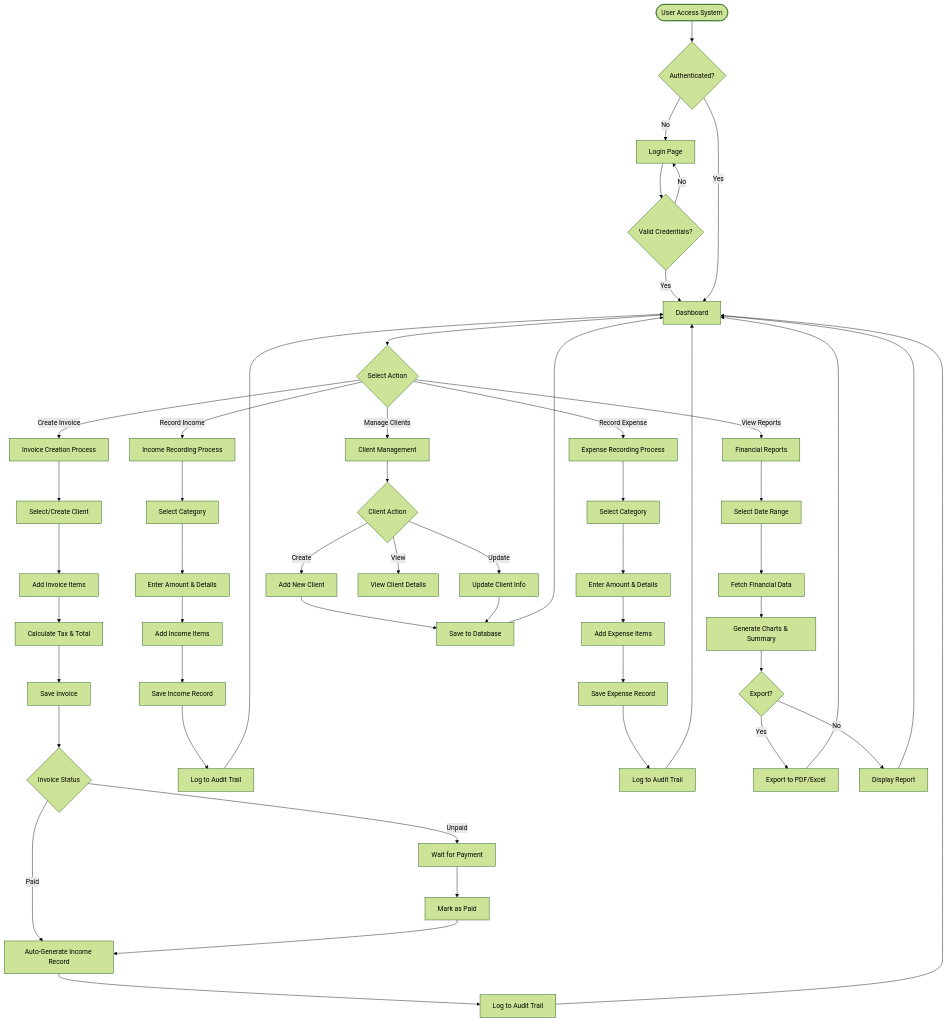
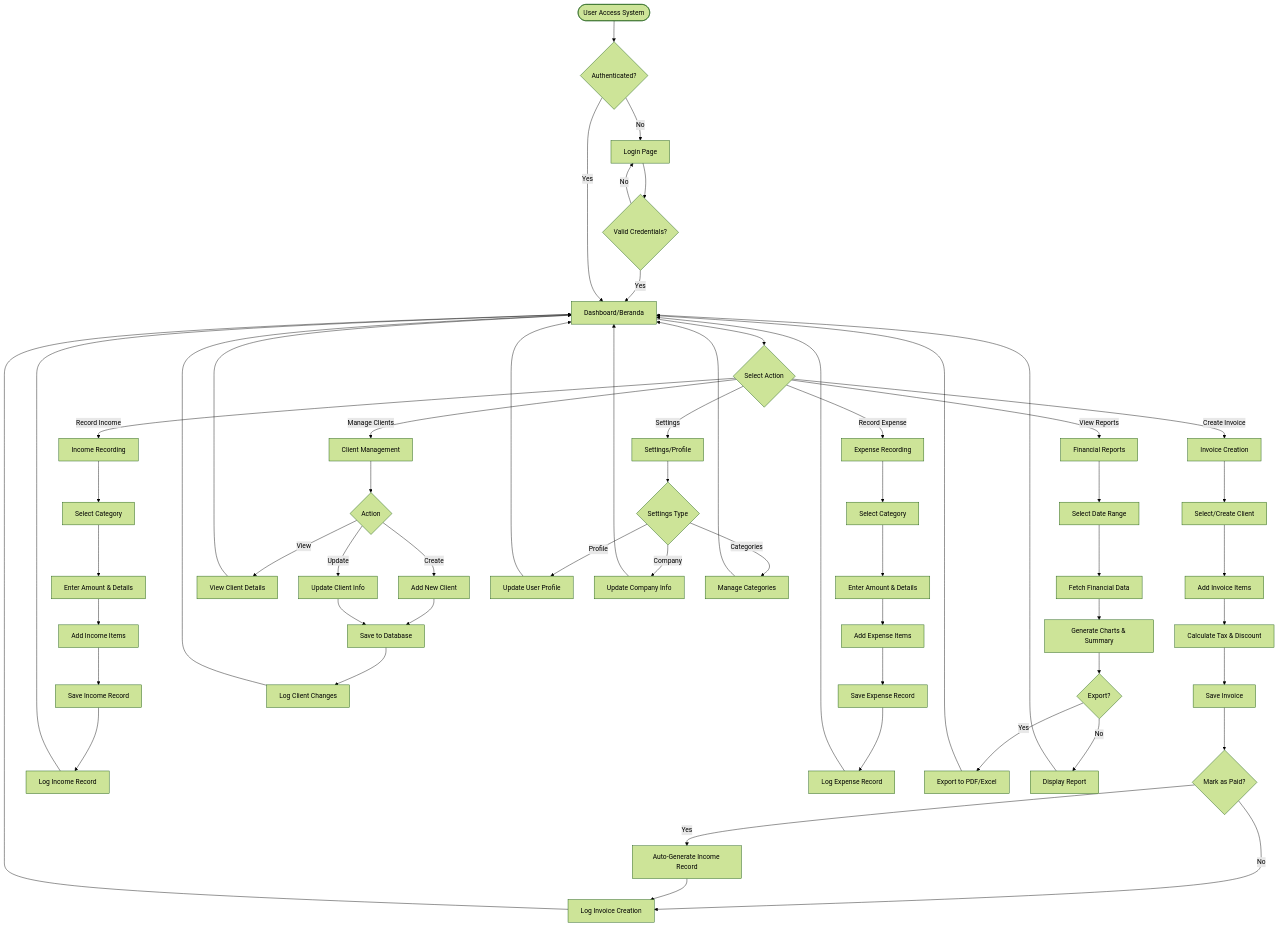
Before and after one commit to aadvxe/Gmera-Solusi: the second of 3 diagrams in README.md, drawn with Mermaid (forest theme). The commit also changed other lines of this file and 1 other file, not shown here.

````diff
--- a/README.md
+++ b/README.md
@@ -248,61 +383,69 @@
 ```mermaid
 flowchart TD
     Start([User Access System]) --> Auth{Authenticated?}
     Auth -->|No| Login[Login Page]
     Login --> AuthCheck{Valid Credentials?}
     AuthCheck -->|No| Login
-    AuthCheck -->|Yes| Dashboard[Dashboard]
+    AuthCheck -->|Yes| Dashboard[Dashboard/Beranda]
     Auth -->|Yes| Dashboard
     
     Dashboard --> Action{Select Action}
     
-    Action -->|Create Invoice| InvoiceFlow[Invoice Creation Process]
-    Action -->|Record Income| IncomeFlow[Income Recording Process]
-    Action -->|Record Expense| ExpenseFlow[Expense Recording Process]
+    Action -->|Create Invoice| InvoiceFlow[Invoice Creation]
+    Action -->|Record Income| IncomeFlow[Income Recording]
+    Action -->|Record Expense| ExpenseFlow[Expense Recording]
     Action -->|Manage Clients| ClientFlow[Client Management]
     Action -->|View Reports| ReportFlow[Financial Reports]
+    Action -->|Settings| SettingsFlow[Settings/Profile]
     
     InvoiceFlow --> SelectClient[Select/Create Client]
-    SelectClient --> AddItems[Add Invoice Items]
-    AddItems --> CalcTax[Calculate Tax & Total]
+    SelectClient --> AddInvItems[Add Invoice Items]
+    AddInvItems --> CalcTax[Calculate Tax & Discount]
     CalcTax --> SaveInvoice[Save Invoice]
-    SaveInvoice --> InvoiceStatus{Invoice Status}
-    InvoiceStatus -->|Unpaid| WaitPayment[Wait for Payment]
-    InvoiceStatus -->|Paid| AutoIncome[Auto-Generate Income Record]
-    AutoIncome --> AuditLog1[Log to Audit Trail]
-    WaitPayment --> MarkPaid[Mark as Paid]
-    MarkPaid --> AutoIncome
+    SaveInvoice --> InvoiceStatus{Mark as Paid?}
+    InvoiceStatus -->|Yes| AutoGenIncome[Auto-Generate Income Record]
+    InvoiceStatus -->|No| InvAuditLog[Log Invoice Creation]
+    AutoGenIncome --> InvAuditLog
+    InvAuditLog --> Dashboard
     
-    IncomeFlow --> SelectCategory1[Select Category]
-    SelectCategory1 --> EnterAmount1[Enter Amount & Details]
-    EnterAmount1 --> AddIncomeItems[Add Income Items]
-    AddIncomeItems --> SaveIncome[Save Income Record]
-    SaveIncome --> AuditLog2[Log to Audit Trail]
+    IncomeFlow --> SelectIncCat[Select Category]
+    SelectIncCat --> EnterIncAmount[Enter Amount & Details]
+    EnterIncAmount --> AddIncItems[Add Income Items]
+    AddIncItems --> SaveIncome[Save Income Record]
+    SaveIncome --> IncAuditLog[Log Income Record]
+    IncAuditLog --> Dashboard
     
-    ExpenseFlow --> SelectCategory2[Select Category]
-    SelectCategory2 --> EnterAmount2[Enter Amount & Details]
-    EnterAmount2 --> AddExpenseItems[Add Expense Items]
-    AddExpenseItems --> SaveExpense[Save Expense Record]
-    SaveExpense --> AuditLog3[Log to Audit Trail]
+    ExpenseFlow --> SelectExpCat[Select Category]
+    SelectExpCat --> EnterExpAmount[Enter Amount & Details]
+    EnterExpAmount --> AddExpItems[Add Expense Items]
+    AddExpItems --> SaveExpense[Save Expense Record]
+    SaveExpense --> ExpAuditLog[Log Expense Record]
+    ExpAuditLog --> Dashboard
     
-    ClientFlow --> ClientAction{Client Action}
+    ClientFlow --> ClientAction{Action}
     ClientAction -->|Create| AddClient[Add New Client]
     ClientAction -->|View| ViewClient[View Client Details]
     ClientAction -->|Update| UpdateClient[Update Client Info]
     AddClient --> SaveClient[Save to Database]
     UpdateClient --> SaveClient
+    SaveClient --> ClientAuditLog[Log Client Changes]
+    ClientAuditLog --> Dashboard
+    ViewClient --> Dashboard
     
     ReportFlow --> SelectPeriod[Select Date Range]
     SelectPeriod --> FetchData[Fetch Financial Data]
-    FetchData --> GenerateReport[Generate Charts & Summary]
-    GenerateReport --> ExportOption{Export?}
-    ExportOption -->|Yes| Export[Export to PDF/Excel]
-    ExportOption -->|No| Display[Display Report]
+    FetchData --> GenerateChart[Generate Charts & Summary]
+    GenerateChart --> ExportOption{Export?}
+    ExportOption -->|Yes| ExportReport[Export to PDF/Excel]
+    ExportOption -->|No| DisplayReport[Display Report]
+    ExportReport --> Dashboard
+    DisplayReport --> Dashboard
     
-    AuditLog1 --> Dashboard
-    AuditLog2 --> Dashboard
-    AuditLog3 --> Dashboard
-    SaveClient --> Dashboard
-    Display --> Dashboard
-    Export --> Dashboard
+    SettingsFlow --> SettingsAction{Settings Type}
+    SettingsAction -->|Profile| UpdateProfile[Update User Profile]
+    SettingsAction -->|Company| UpdateCompany[Update Company Info]
+    SettingsAction -->|Categories| ManageCategories[Manage Categories]
+    UpdateProfile --> Dashboard
+    UpdateCompany --> Dashboard
+    ManageCategories --> Dashboard
 ```
````
